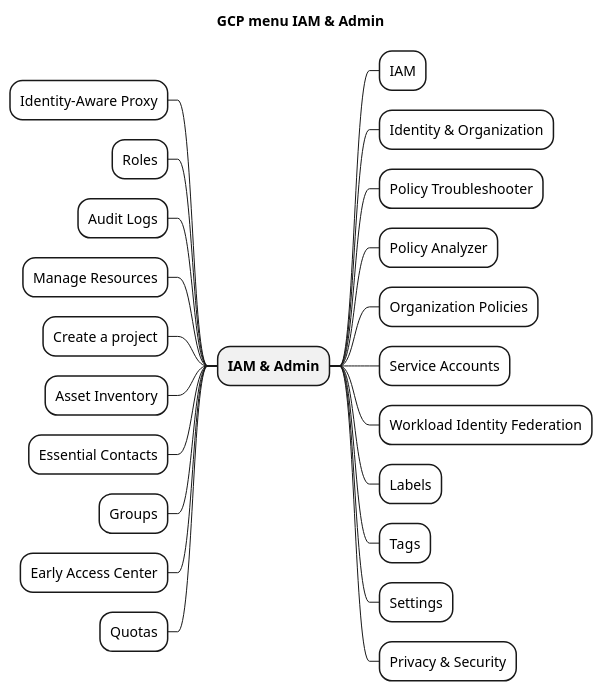
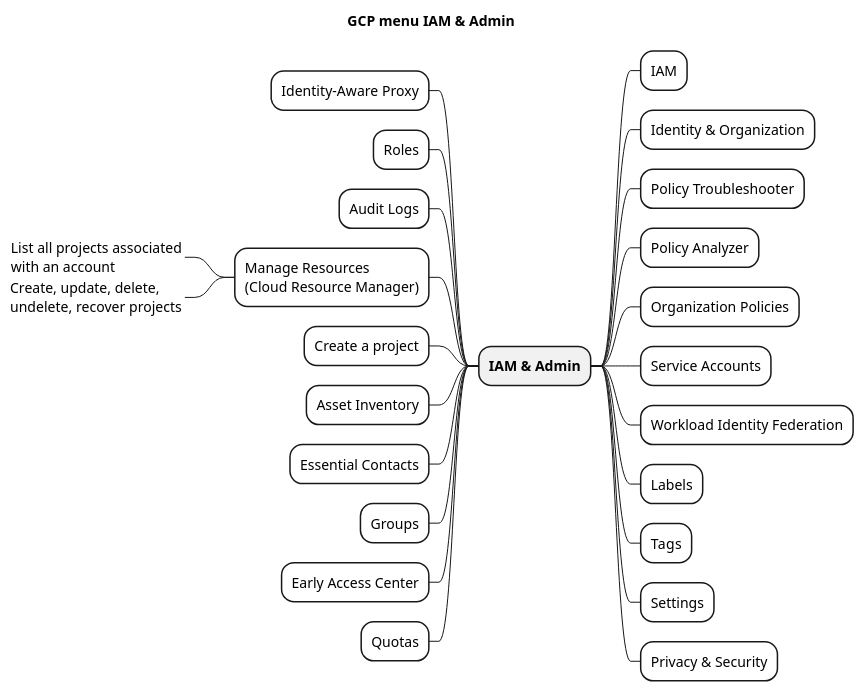
Before and after one commit to pham-anh/learn-lpic: the diagram in gcp/img/gcp_menu1_1iam.puml, drawn with PlantUML. The commit also changed 9 other files, not shown here.

```diff
--- a/gcp/img/gcp_menu1_1iam.puml
+++ b/gcp/img/gcp_menu1_1iam.puml
@@ -1,27 +1,30 @@
 @startmindmap
 title GCP menu IAM & Admin
 
 - **IAM & Admin**
 **[#White]  IAM
 **[#White]  Identity & Organization
 **[#White]  Policy Troubleshooter
 **[#White]  Policy Analyzer
 **[#White]  Organization Policies
 **[#White]  Service Accounts
 **[#White]  Workload Identity Federation
 **[#White]  Labels
 **[#White]  Tags
 **[#White]  Settings
 **[#White]  Privacy & Security
 --[#White]  Identity-Aware Proxy
 --[#White]  Roles
 --[#White]  Audit Logs
---[#White]  Manage Resources
+--[#White]  Manage Resources\n(Cloud Resource Manager)
+---_ List all projects associated\nwith an account
+---_ Create, update, delete, \nundelete, recover projects
+
 --[#White]  Create a project
 --[#White]  Asset Inventory
 --[#White]  Essential Contacts
 --[#White]  Groups
 --[#White]  Early Access Center
 --[#White]  Quotas
 
 @endmindmap
```
